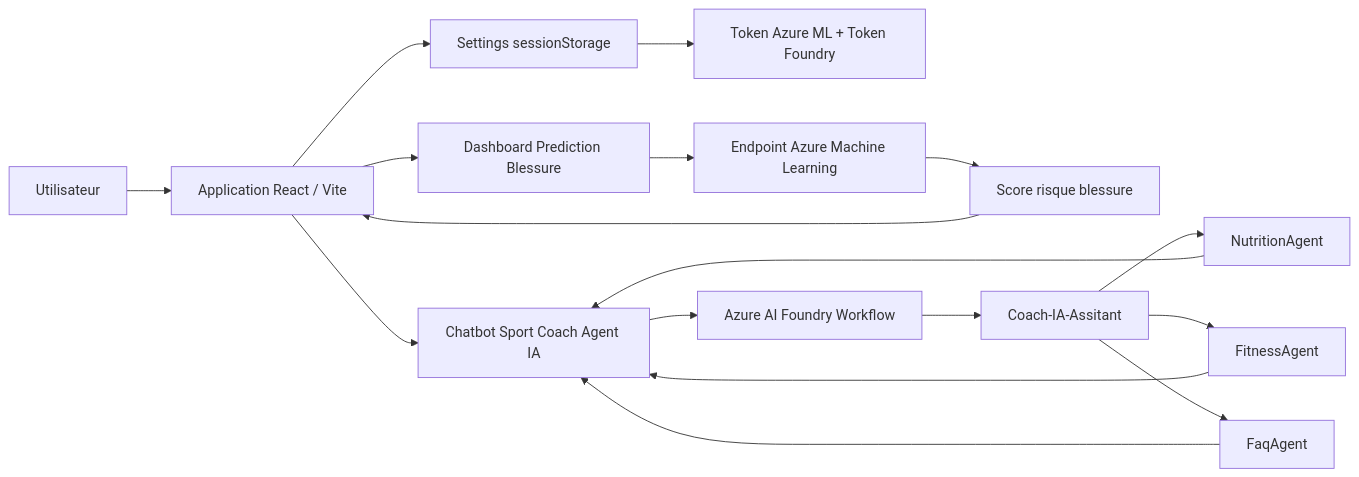
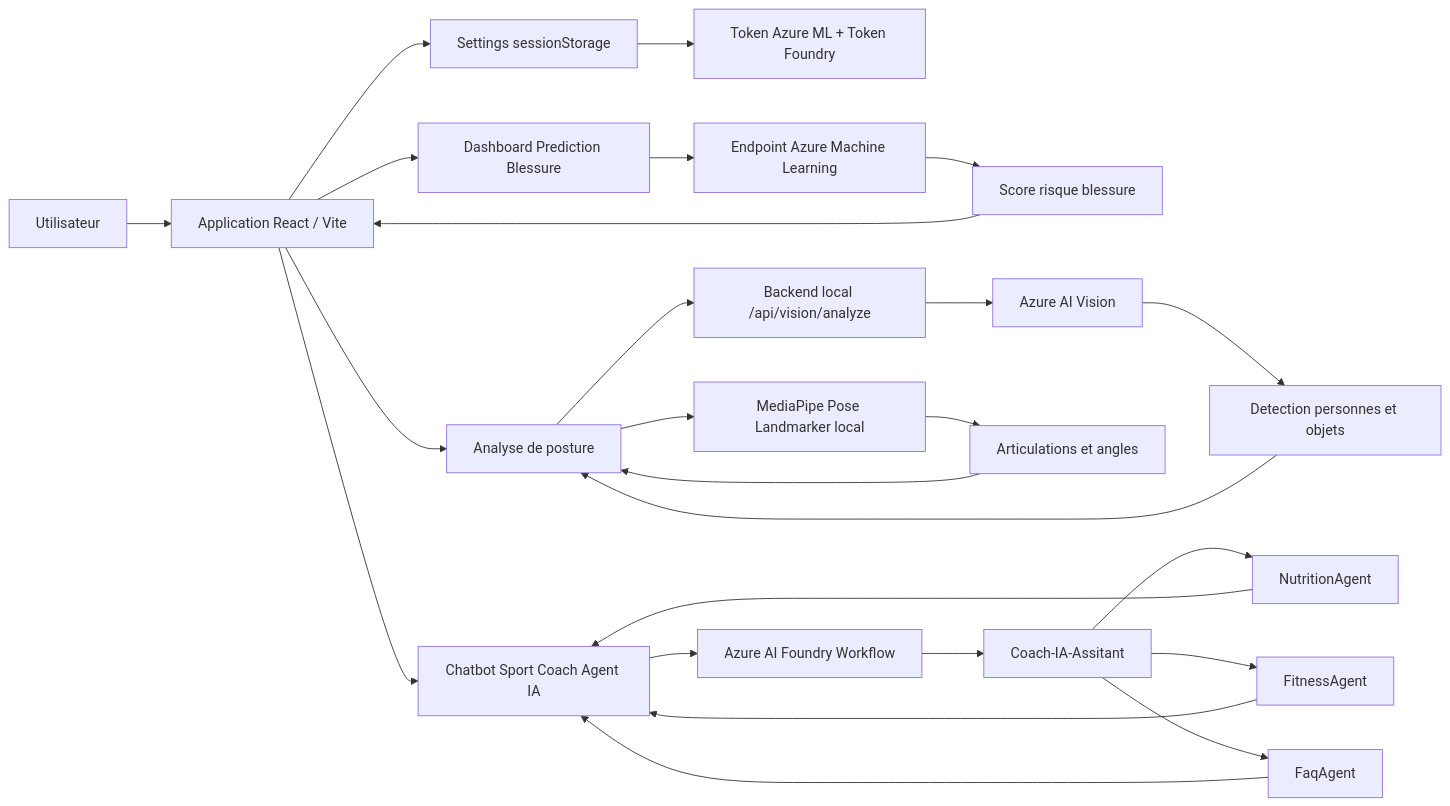
Before and after one commit to AkioLua/Microsoft-Azure-IA-Sport: the first of 4 diagrams in README.md, drawn with Mermaid. The commit also changed other lines of this file and 18 other files, not shown here.

Commit message:
feat: add Azure Vision posture analysis

````diff
--- a/README.md
+++ b/README.md
@@ -22,22 +23,31 @@
 ```mermaid
 flowchart LR
     U[Utilisateur] --> UI[Application React / Vite]
 
     UI --> Settings[Settings sessionStorage]
     Settings --> Tokens[Token Azure ML + Token Foundry]
 
     UI --> Injury[Dashboard Prediction Blessure]
     Injury --> AML[Endpoint Azure Machine Learning]
     AML --> Score[Score risque blessure]
     Score --> UI
 
+    UI --> Posture[Analyse de posture]
+    Posture --> VisionProxy[Backend local /api/vision/analyze]
+    VisionProxy --> Vision[Azure AI Vision]
+    Vision --> People[Detection personnes et objets]
+    Posture --> MediaPipe[MediaPipe Pose Landmarker local]
+    MediaPipe --> Landmarks[Articulations et angles]
+    People --> Posture
+    Landmarks --> Posture
+
     UI --> Coach[Chatbot Sport Coach Agent IA]
     Coach --> WF[Azure AI Foundry Workflow]
     WF --> Orchestrator[Coach-IA-Assitant]
     Orchestrator --> Nutrition[NutritionAgent]
     Orchestrator --> Fitness[FitnessAgent]
     Orchestrator --> FAQ[FaqAgent]
     Nutrition --> Coach
     Fitness --> Coach
     FAQ --> Coach
 ```
````
